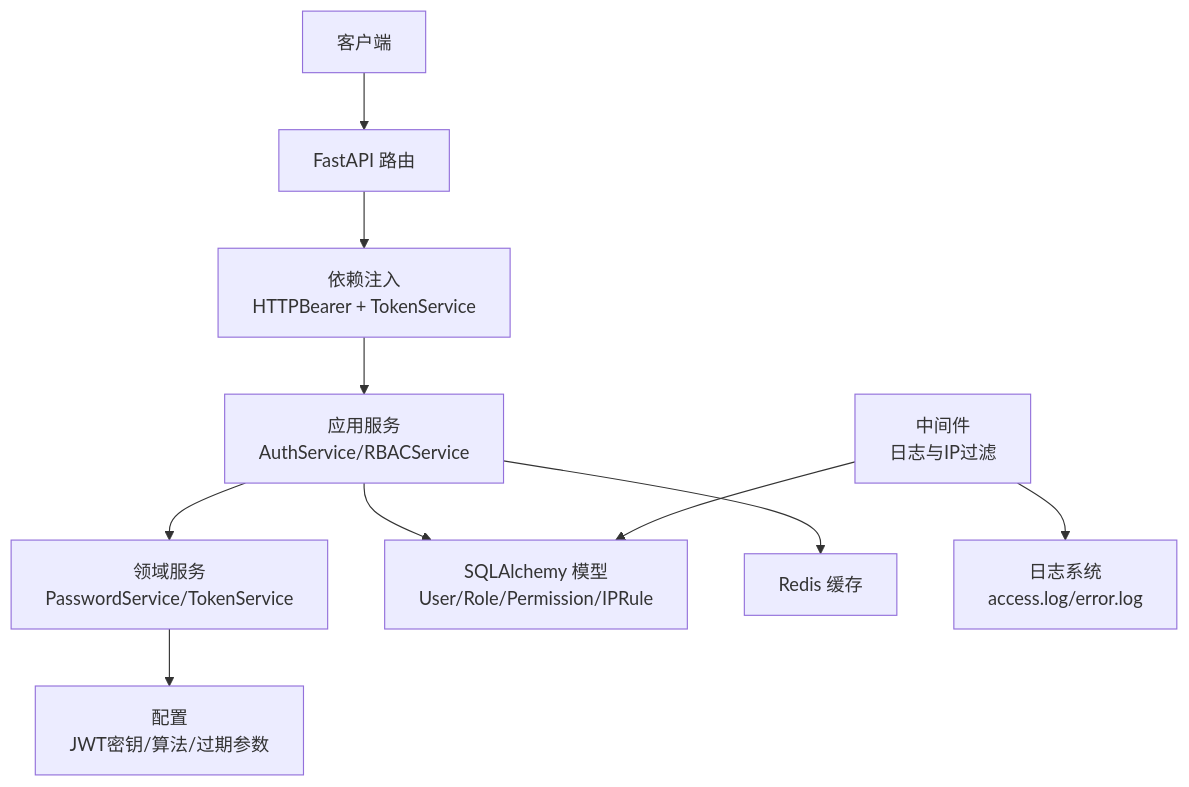
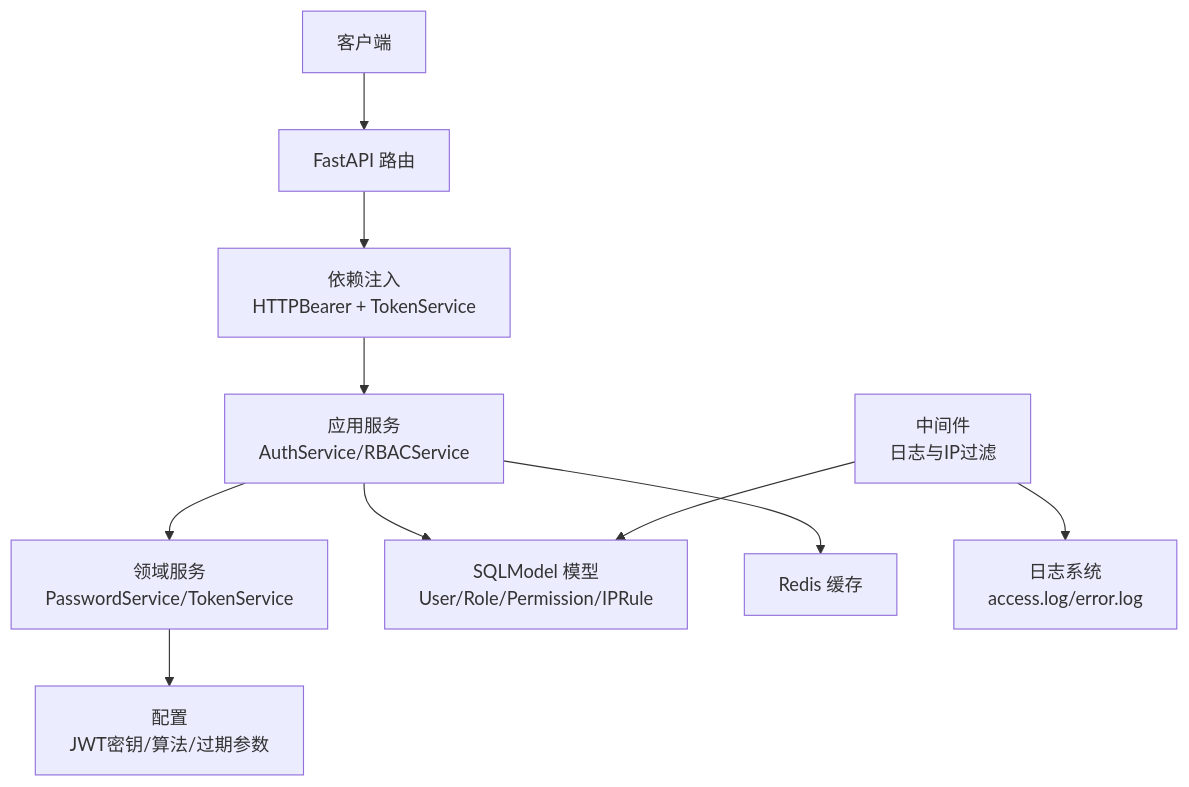
One commit to taoweidong/Hello-FastApi changed the second of 8 diagrams in .qoder/repowiki/zh/content/数据模型设计/安全实体模型.md. Above: the diagram before and after it, drawn with Mermaid. The commit also changed other lines of this file and 11 other files, not shown here.

````diff
--- a/.qoder/repowiki/zh/content/数据模型设计/安全实体模型.md
+++ b/.qoder/repowiki/zh/content/数据模型设计/安全实体模型.md
@@ -167,12 +168,12 @@
 ```mermaid
 graph TB
 Client["客户端"] --> API["FastAPI 路由"]
 API --> DI["依赖注入<br/>HTTPBearer + TokenService"]
 DI --> Service["应用服务<br/>AuthService/RBACService"]
 Service --> Domain["领域服务<br/>PasswordService/TokenService"]
-Service --> DB["SQLAlchemy 模型<br/>User/Role/Permission/IPRule"]
+Service --> DB["SQLModel 模型<br/>User/Role/Permission/IPRule"]
 Service --> Cache["Redis 缓存"]
 Domain --> Config["配置<br/>JWT密钥/算法/过期参数"]
 MW["中间件<br/>日志与IP过滤"] --> DB
 MW --> LG["日志系统<br/>access.log/error.log"]
 ```
````
